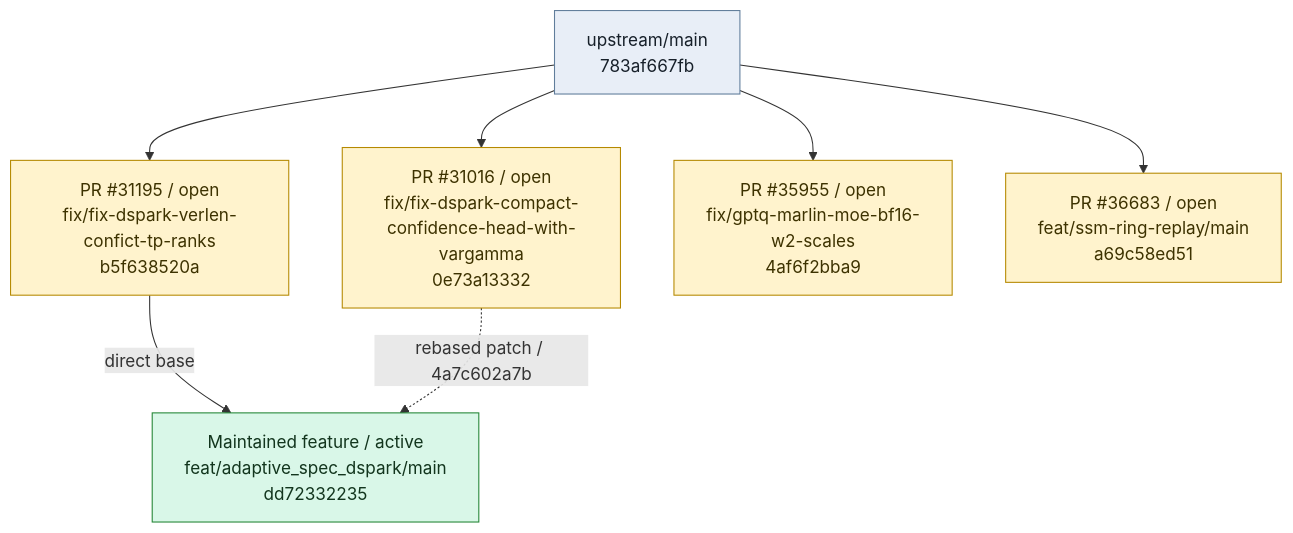
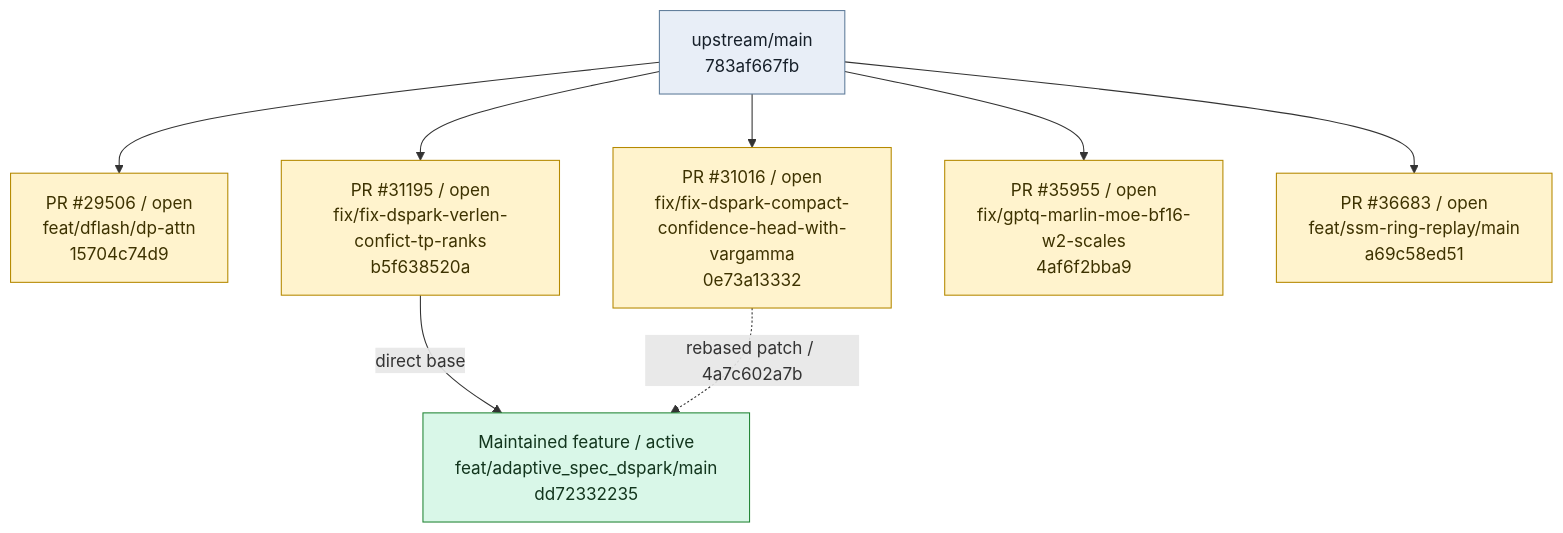
The first of 2 diagrams in BRANCH_GRAPH.md (EanWang211123/sglang), drawn with Mermaid before and after one commit. The commit also changed 2 other files, not shown here.

Commit message:
meta: register PR 29506

````diff
--- a/BRANCH_GRAPH.md
+++ b/BRANCH_GRAPH.md
@@ -11,26 +11,29 @@
 ```mermaid
 flowchart TD
     base_upstream_main["upstream/main<br/>783af667fb"]
+    branch_dflash_dp_attn["PR #29506 / open<br/>feat/dflash/dp-attn<br/>15704c74d9"]
+    base_upstream_main --> branch_dflash_dp_attn
+    click branch_dflash_dp_attn "https://github.com/sgl-project/sglang/pull/29506"
     branch_dspark_tp_budget_sync["PR #31195 / open<br/>fix/fix-dspark-verlen-confict-tp-ranks<br/>b5f638520a"]
     base_upstream_main --> branch_dspark_tp_budget_sync
     click branch_dspark_tp_budget_sync "https://github.com/sgl-project/sglang/pull/31195"
     branch_dspark_runtime_gamma["PR #31016 / open<br/>fix/fix-dspark-compact-confidence-head-with-vargamma<br/>0e73a13332"]
     base_upstream_main --> branch_dspark_runtime_gamma
     click branch_dspark_runtime_gamma "https://github.com/sgl-project/sglang/pull/31016"
     branch_gptq_marlin_moe_bf16_w2_scales["PR #35955 / open<br/>fix/gptq-marlin-moe-bf16-w2-scales<br/>4af6f2bba9"]
     base_upstream_main --> branch_gptq_marlin_moe_bf16_w2_scales
     click branch_gptq_marlin_moe_bf16_w2_scales "https://github.com/sgl-project/sglang/pull/35955"
     branch_replayssm_dflash_dspark["PR #36683 / open<br/>feat/ssm-ring-replay/main<br/>a69c58ed51"]
     base_upstream_main --> branch_replayssm_dflash_dspark
     click branch_replayssm_dflash_dspark "https://github.com/sgl-project/sglang/pull/36683"
     branch_dspark_adaptive["Maintained feature / active<br/>feat/adaptive_spec_dspark/main<br/>dd72332235"]
     click branch_dspark_adaptive "https://github.com/EanWang211123/sglang/tree/feat/adaptive_spec_dspark/main"
     branch_dspark_tp_budget_sync -->|"direct base"| branch_dspark_adaptive
     branch_dspark_runtime_gamma -.->|"rebased patch / 4a7c602a7b"| branch_dspark_adaptive
     classDef base fill:#e8eef7,stroke:#607d9b,color:#17202a
     classDef pr fill:#fff3cd,stroke:#b58900,color:#3d3200
     classDef feature fill:#d9f7e8,stroke:#238636,color:#12351d
     class base_upstream_main base
-    class branch_dspark_tp_budget_sync,branch_dspark_runtime_gamma,branch_gptq_marlin_moe_bf16_w2_scales,branch_replayssm_dflash_dspark pr
+    class branch_dflash_dp_attn,branch_dspark_tp_budget_sync,branch_dspark_runtime_gamma,branch_gptq_marlin_moe_bf16_w2_scales,branch_replayssm_dflash_dspark pr
     class branch_dspark_adaptive feature
 ```
````
